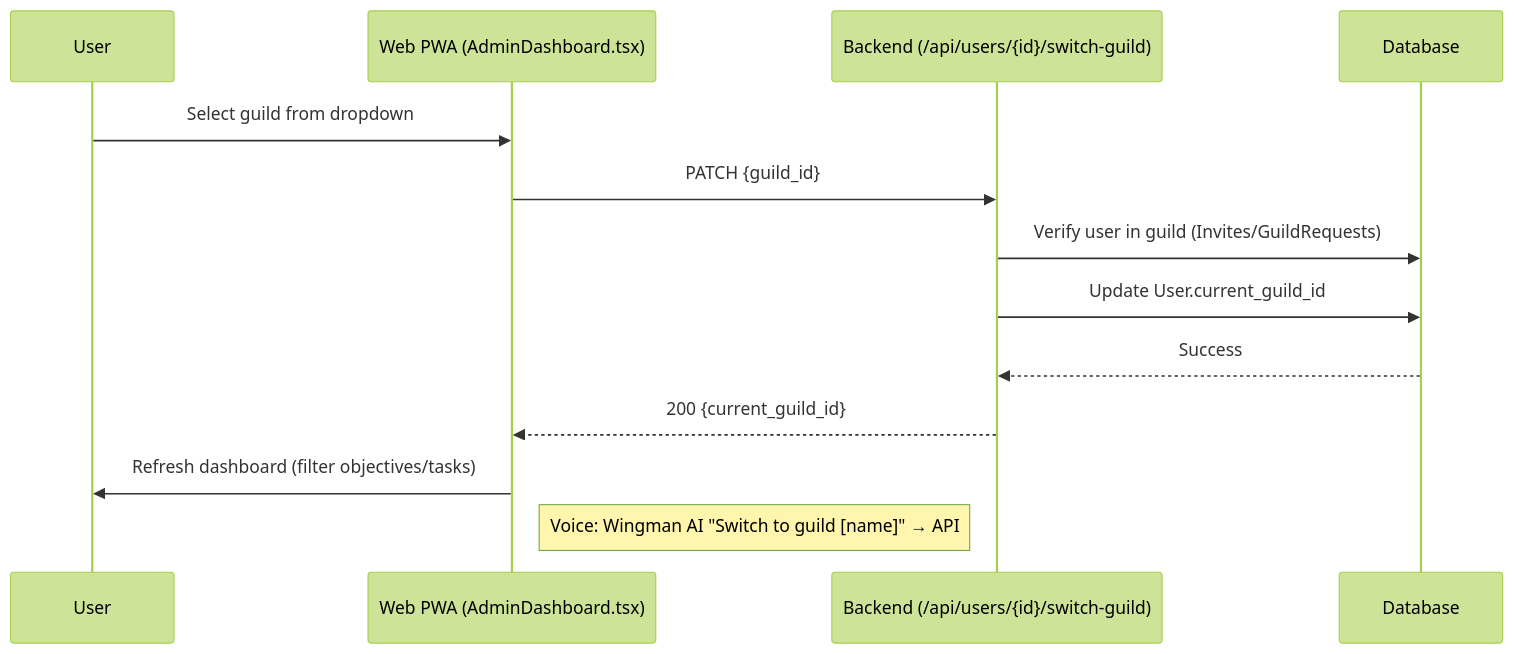
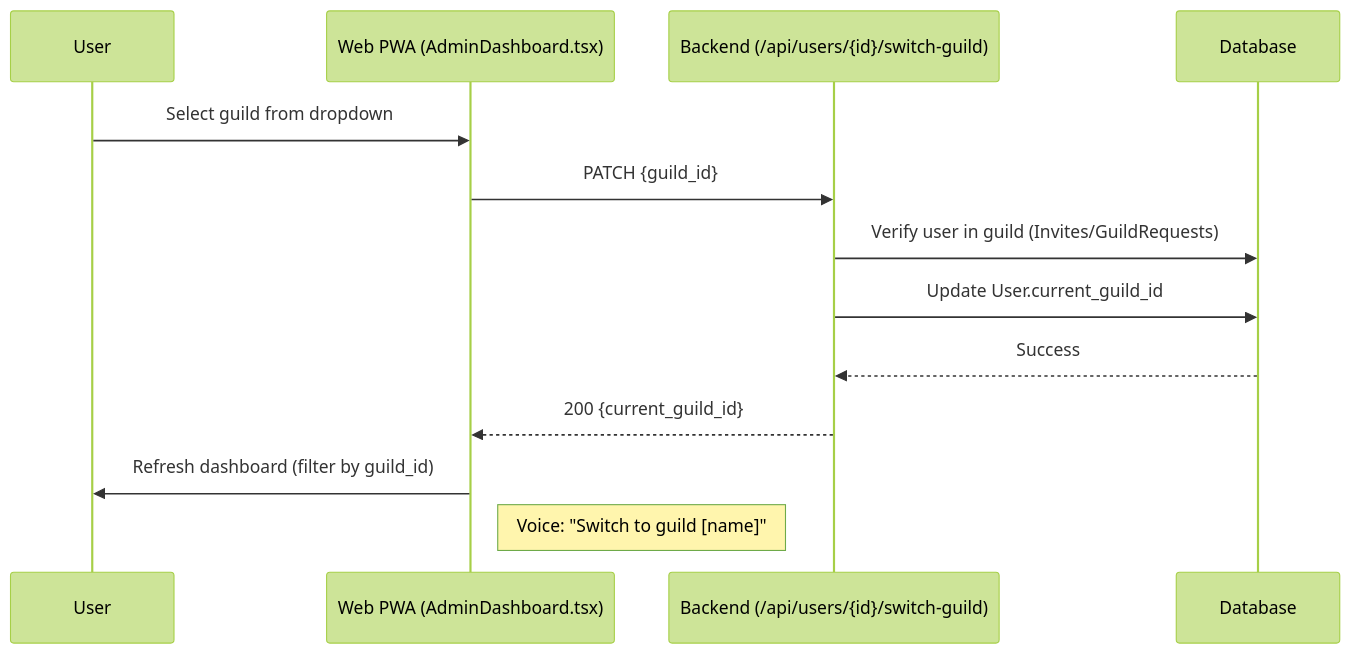
Before and after one commit to hamlet2k/SphereConnect: the third of 7 diagrams in docs/project/use_cases.markdown, drawn with Mermaid (forest theme). The commit also changed other lines of this file and 6 other files, not shown here.

````diff
--- a/docs/project/use_cases.markdown
+++ b/docs/project/use_cases.markdown
@@ -77,15 +80,15 @@
 ```mermaid
 sequenceDiagram
     participant U as User
     participant W as Web PWA (AdminDashboard.tsx)
     participant B as Backend (/api/users/{id}/switch-guild)
     participant D as Database
     U->>W: Select guild from dropdown
     W->>B: PATCH {guild_id}
     B->>D: Verify user in guild (Invites/GuildRequests)
     B->>D: Update User.current_guild_id
     D-->>B: Success
     B-->>W: 200 {current_guild_id}
-    W->>U: Refresh dashboard (filter objectives/tasks)
-    Note right of W: Voice: Wingman AI "Switch to guild [name]" → API
+    W->>U: Refresh dashboard (filter by guild_id)
+    Note right of W: Voice: "Switch to guild [name]"
 ```
````
